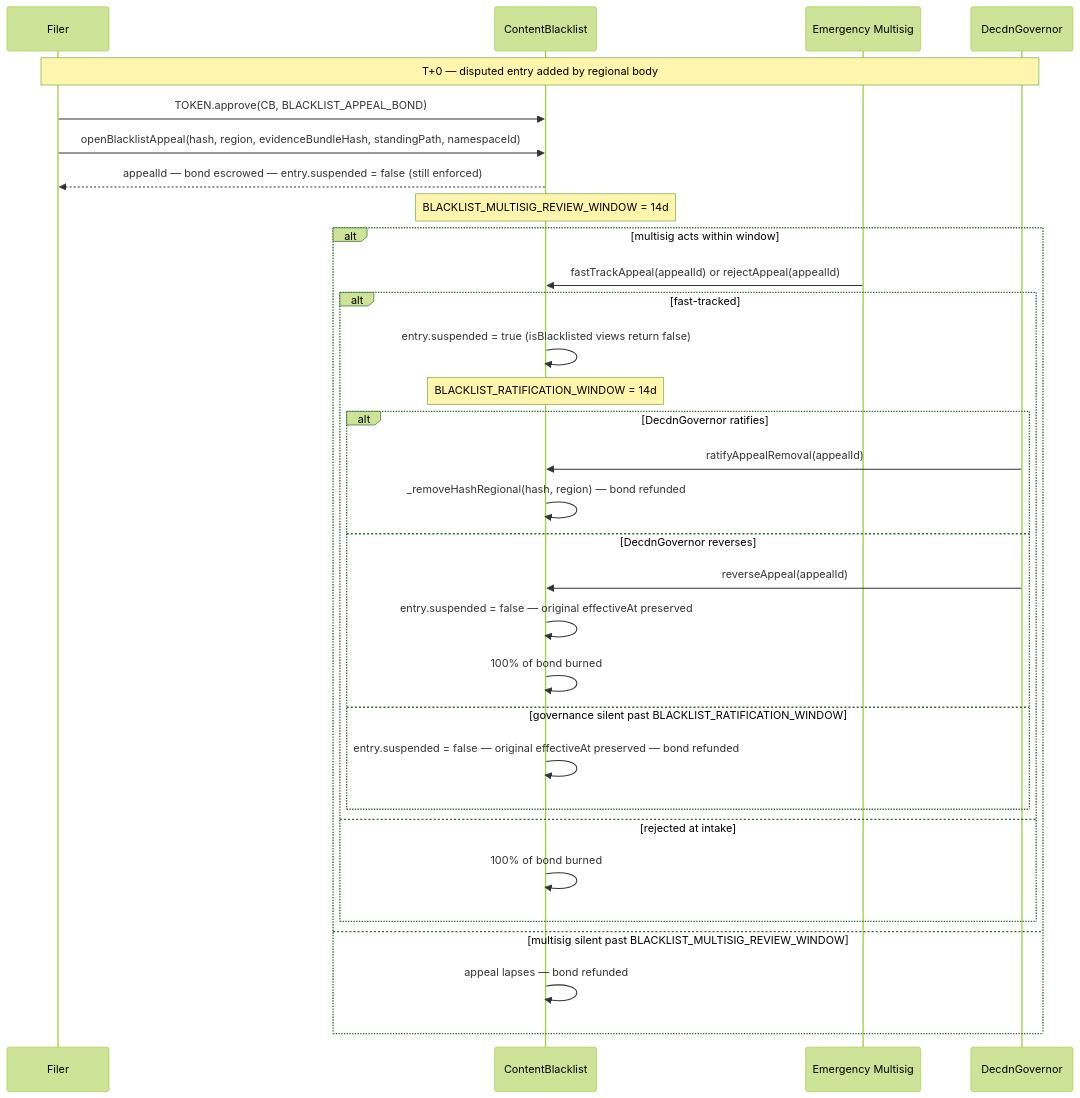
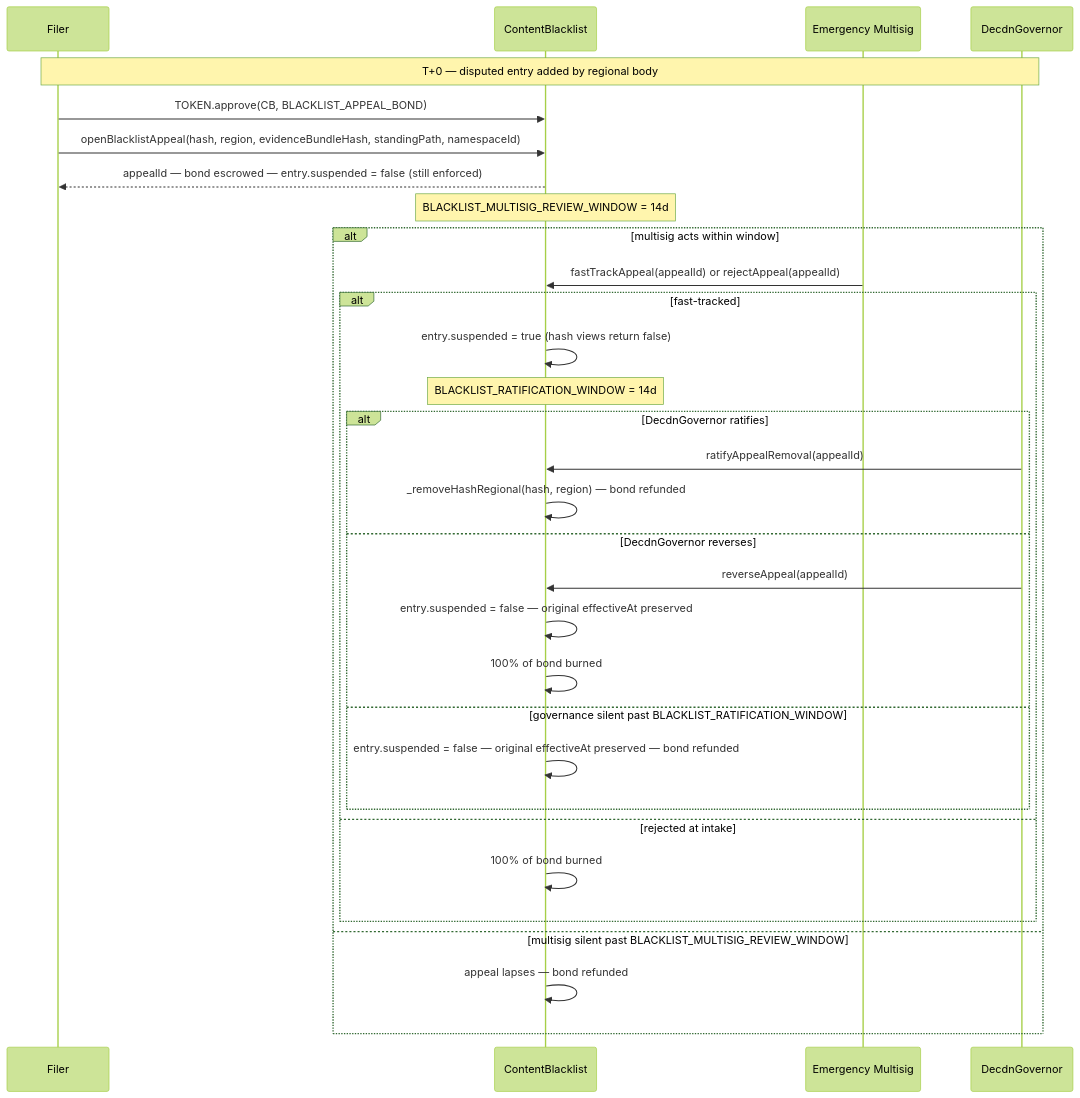
Before and after one commit to decdn/decdn: the diagram in adr/011-content-takedown.md, drawn with Mermaid (forest theme). The commit also changed other lines of this file and 4 other files, not shown here.

````diff
--- a/adr/011-content-takedown.md
+++ b/adr/011-content-takedown.md
@@ -270,33 +286,33 @@
 ```mermaid
 sequenceDiagram
     participant F as Filer
     participant CB as ContentBlacklist
     participant EM as Emergency Multisig
     participant Gov as DecdnGovernor
     Note over F,Gov: T+0 — disputed entry added by regional body
     F->>CB: TOKEN.approve(CB, BLACKLIST_APPEAL_BOND)
     F->>CB: openBlacklistAppeal(hash, region, evidenceBundleHash, standingPath, namespaceId)
     CB-->>F: appealId — bond escrowed — entry.suspended = false (still enforced)
     Note over CB: BLACKLIST_MULTISIG_REVIEW_WINDOW = 14d
     alt multisig acts within window
         EM->>CB: fastTrackAppeal(appealId) or rejectAppeal(appealId)
         alt fast-tracked
-            CB->>CB: entry.suspended = true (isBlacklisted views return false)
+            CB->>CB: entry.suspended = true (hash views return false)
             Note over CB: BLACKLIST_RATIFICATION_WINDOW = 14d
             alt DecdnGovernor ratifies
                 Gov->>CB: ratifyAppealRemoval(appealId)
                 CB->>CB: _removeHashRegional(hash, region) — bond refunded
             else DecdnGovernor reverses
                 Gov->>CB: reverseAppeal(appealId)
                 CB->>CB: entry.suspended = false — original effectiveAt preserved
                 CB->>CB: 100% of bond burned
             else governance silent past BLACKLIST_RATIFICATION_WINDOW
                 CB->>CB: entry.suspended = false — original effectiveAt preserved — bond refunded
             end
         else rejected at intake
             CB->>CB: 100% of bond burned
         end
     else multisig silent past BLACKLIST_MULTISIG_REVIEW_WINDOW
         CB->>CB: appeal lapses — bond refunded
     end
 ```
````
